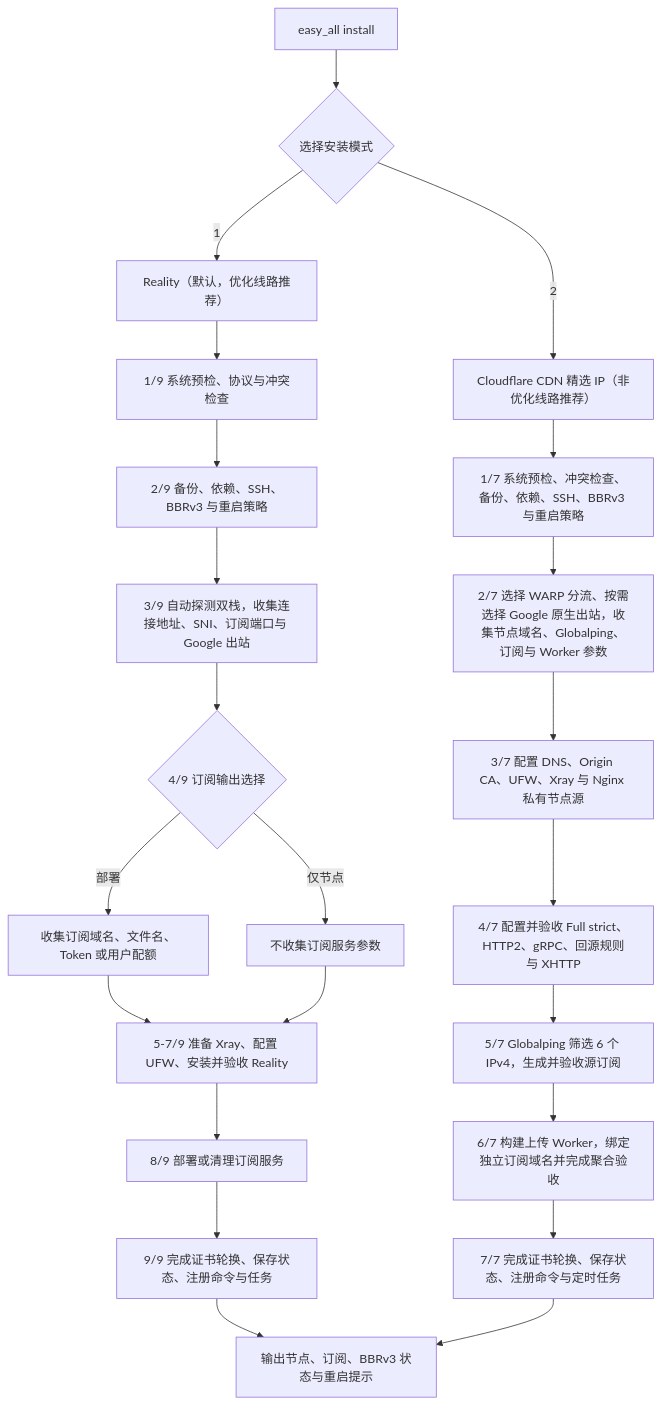
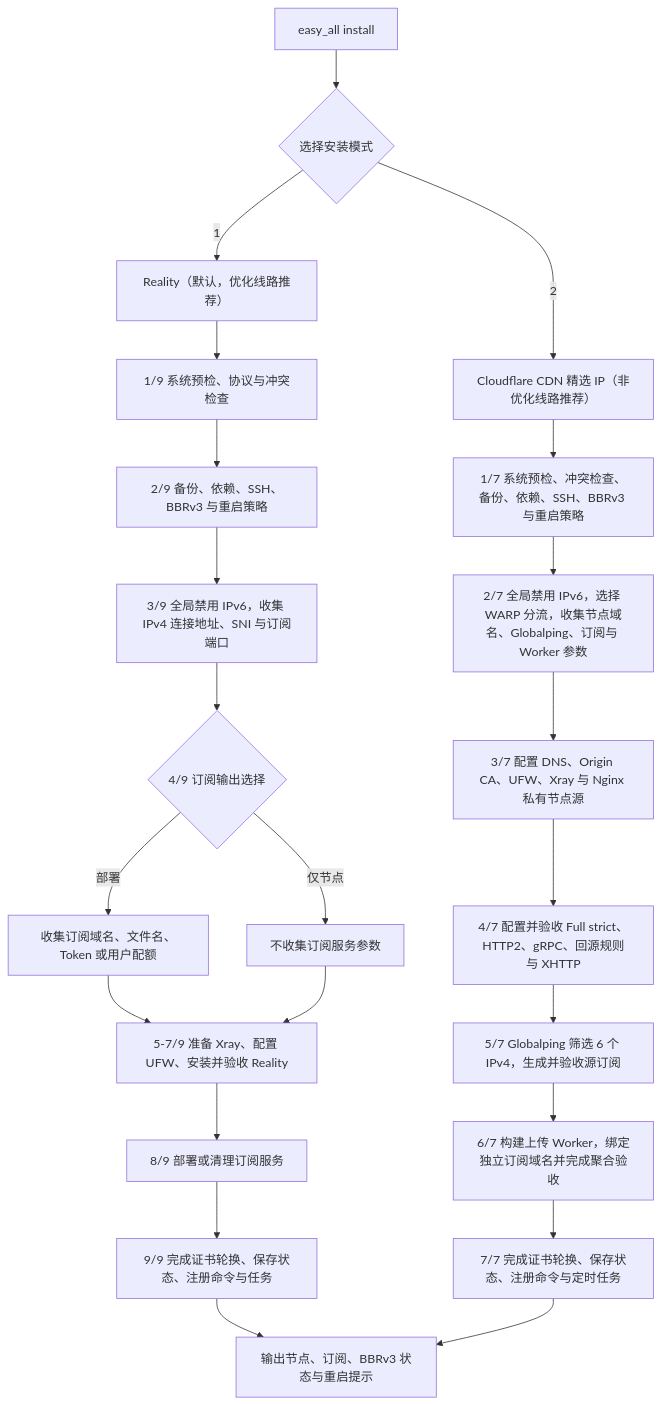
The diagram in README.md (v2yiz/easy_all), drawn with Mermaid before and after one commit. The commit also changed other lines of this file and 23 other files, not shown here.

````diff
--- a/README.md
+++ b/README.md
@@ -285,27 +286,27 @@
 ```mermaid
 graph TD
     A["easy_all install"] --> B{"选择安装模式"}
 
     B -->|1| R0["Reality（默认，优化线路推荐）"]
     R0 --> R1["1/9 系统预检、协议与冲突检查"]
     R1 --> R2["2/9 备份、依赖、SSH、BBRv3 与重启策略"]
-    R2 --> R3["3/9 自动探测双栈，收集连接地址、SNI、订阅端口与 Google 出站"]
+    R2 --> R3["3/9 全局禁用 IPv6，收集 IPv4 连接地址、SNI 与订阅端口"]
     R3 --> R4{"4/9 订阅输出选择"}
     R4 -->|部署| R5["收集订阅域名、文件名、Token 或用户配额"]
     R4 -->|仅节点| R6["不收集订阅服务参数"]
     R5 --> R7["5-7/9 准备 Xray、配置 UFW、安装并验收 Reality"]
     R6 --> R7
     R7 --> R8["8/9 部署或清理订阅服务"]
     R8 --> R9["9/9 完成证书轮换、保存状态、注册命令与任务"]
     R9 --> Z["输出节点、订阅、BBRv3 状态与重启提示"]
 
     B -->|2| C0["Cloudflare CDN 精选 IP（非优化线路推荐）"]
     C0 --> C1["1/7 系统预检、冲突检查、备份、依赖、SSH、BBRv3 与重启策略"]
-    C1 --> C2["2/7 选择 WARP 分流、按需选择 Google 原生出站，收集节点域名、Globalping、订阅与 Worker 参数"]
+    C1 --> C2["2/7 全局禁用 IPv6，选择 WARP 分流，收集节点域名、Globalping、订阅与 Worker 参数"]
     C2 --> C3["3/7 配置 DNS、Origin CA、UFW、Xray 与 Nginx 私有节点源"]
     C3 --> C4["4/7 配置并验收 Full strict、HTTP2、gRPC、回源规则与 XHTTP"]
     C4 --> C5["5/7 Globalping 筛选 6 个 IPv4，生成并验收源订阅"]
     C5 --> C6["6/7 构建上传 Worker，绑定独立订阅域名并完成聚合验收"]
     C6 --> C7["7/7 完成证书轮换、保存状态、注册命令与定时任务"]
     C7 --> Z
 ```
````
